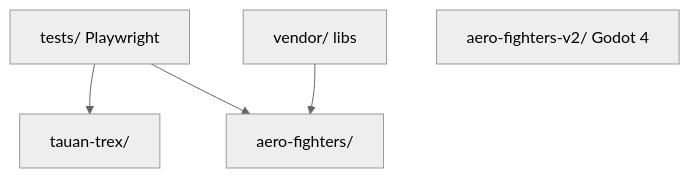
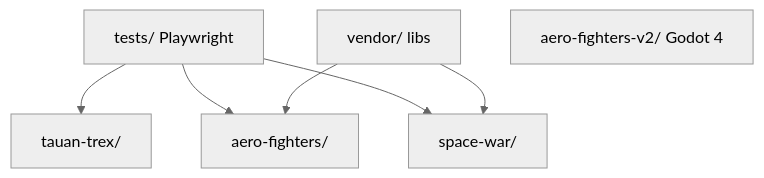
Before and after one commit to marcoaureliomenezes/tauan-games: the diagram in specs/memory/architecture.md, drawn with Mermaid (neutral theme). The commit also changed other lines of this file and 22 other files, not shown here.

First line of the commit message:
docs(closure): CLOSURE das releases space-war — celestial-components-v1, campaign-v1 e retroativa space-war-v1; varredura de disposições e arquivamento

````diff
--- a/specs/memory/architecture.md
+++ b/specs/memory/architecture.md
@@ -56,11 +62,14 @@
 ```mermaid
 flowchart TB
     tests[tests/ Playwright]
     vendor[vendor/ libs]
     trex[tauan-trex/]
     aero[aero-fighters/]
+    sw[space-war/]
     aerov2[aero-fighters-v2/ Godot 4]
     tests --> trex
     tests --> aero
+    tests --> sw
     vendor --> aero
+    vendor --> sw
 ```
````
